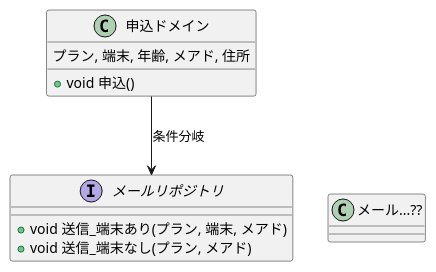
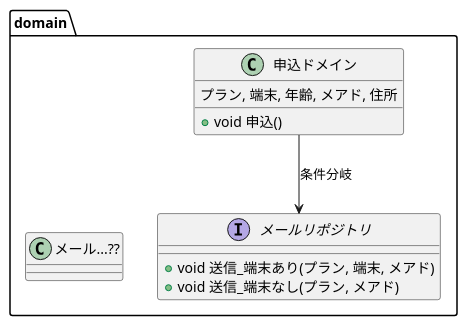
Before and after one commit to suzuki-hoge/genbade-ddd-tokyo: the diagram in 3-mail-maybe.puml, drawn with PlantUML. The commit also changed 101 other files, not shown here.

```diff
--- a/3-mail-maybe.puml
+++ b/3-mail-maybe.puml
@@ -1,18 +1,20 @@
 @startuml
 
+package domain {
 class 申込ドメイン {
   プラン, 端末, 年齢, メアド, 住所
   + void 申込()
 }
 
 interface メールリポジトリ {
   + void 送信_端末あり(プラン, 端末, メアド)
   + void 送信_端末なし(プラン, メアド)
 }
 
 申込ドメイン --> メールリポジトリ : 条件分岐
 
 class "メール...??" as メール
-メールリポジトリ -[hidden]r-> メール
+メールリポジトリ -[hidden]l-> メール
+}
 
 @enduml
```
